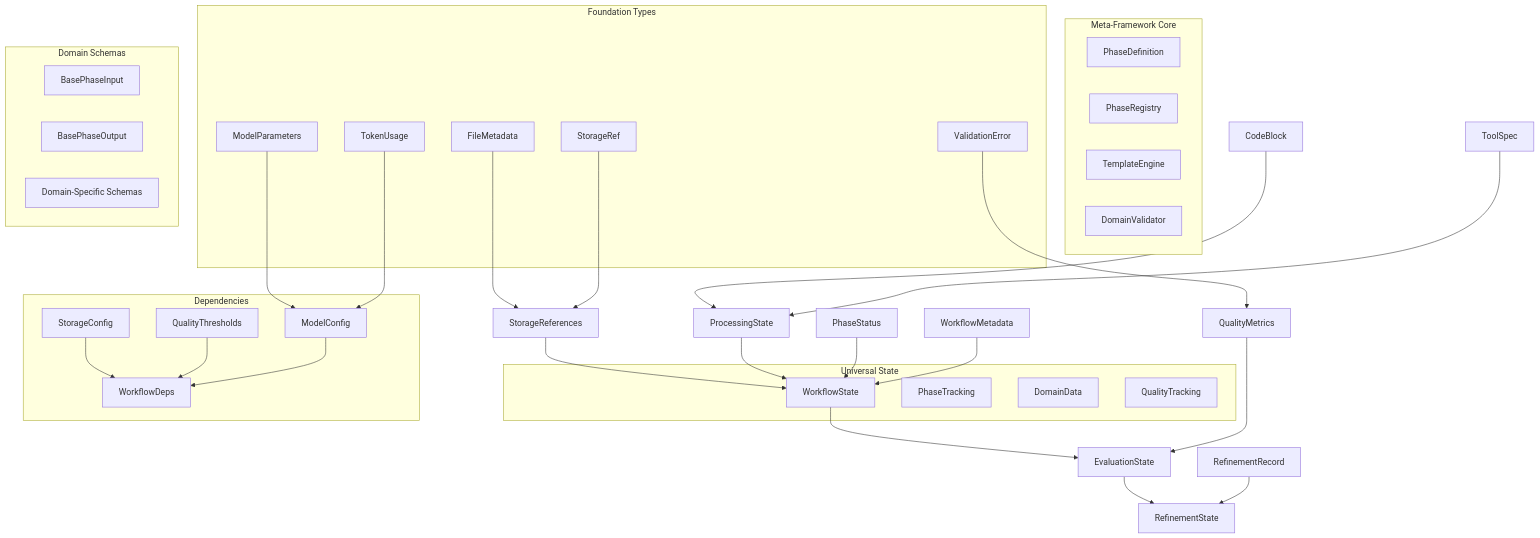
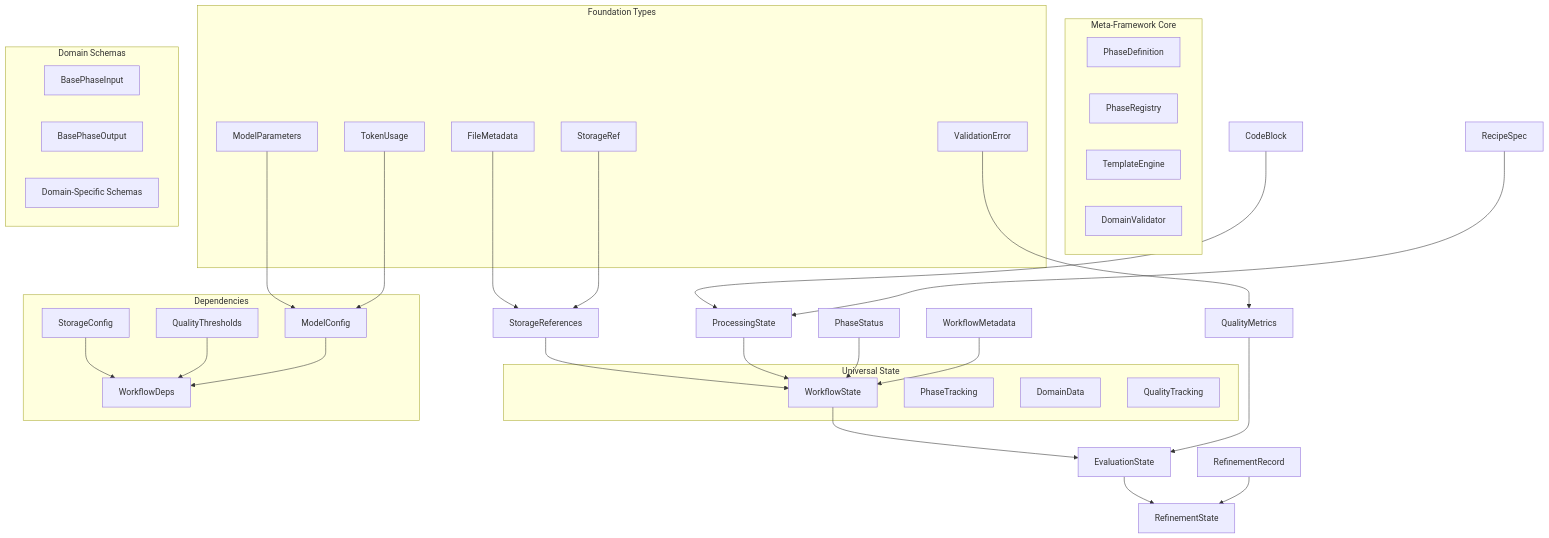
Before and after one commit to fblgit/agentool: the diagram in docs/GRAPH_TYPE_DEFINITIONS.md, drawn with Mermaid. The commit also changed 1 other file, not shown here.

````diff
--- a/docs/GRAPH_TYPE_DEFINITIONS.md
+++ b/docs/GRAPH_TYPE_DEFINITIONS.md
@@ -22,60 +22,60 @@
 ```mermaid
 graph TD
     subgraph "Meta-Framework Core"
         PhaseDefinition[PhaseDefinition]
         PhaseRegistry[PhaseRegistry]
         TemplateEngine[TemplateEngine]
         DomainValidator[DomainValidator]
     end
     
     subgraph "Foundation Types"
         StorageRef[StorageRef]
         TokenUsage[TokenUsage]
         FileMetadata[FileMetadata]
         ValidationError[ValidationError]
         ModelParameters[ModelParameters]
     end
     
     subgraph "Universal State"
         WorkflowState[WorkflowState]
         PhaseTracking[PhaseTracking]
         DomainData[DomainData]
         QualityTracking[QualityTracking]
     end
     
     subgraph "Domain Schemas"
         BasePhaseInput[BasePhaseInput]
         BasePhaseOutput[BasePhaseOutput]
         DomainSchemas[Domain-Specific Schemas]
     end
     
     subgraph "Dependencies"
         ModelConfig[ModelConfig]
         QualityThresholds[QualityThresholds]
         StorageConfig[StorageConfig]
         WorkflowDeps[WorkflowDeps]
     end
     
     StorageRef --> StorageReferences
     TokenUsage --> ModelConfig
     FileMetadata --> StorageReferences
     ValidationError --> QualityMetrics
     ModelParameters --> ModelConfig
     
-    ToolSpec --> ProcessingState
+    RecipeSpec --> ProcessingState
     CodeBlock --> ProcessingState
     QualityMetrics --> EvaluationState
     RefinementRecord --> RefinementState
     
     WorkflowMetadata --> WorkflowState
     PhaseStatus --> WorkflowState
     ProcessingState --> WorkflowState
     StorageReferences --> WorkflowState
     
     WorkflowState --> EvaluationState
     EvaluationState --> RefinementState
     
     ModelConfig --> WorkflowDeps
     QualityThresholds --> WorkflowDeps
     StorageConfig --> WorkflowDeps
 ```
````
